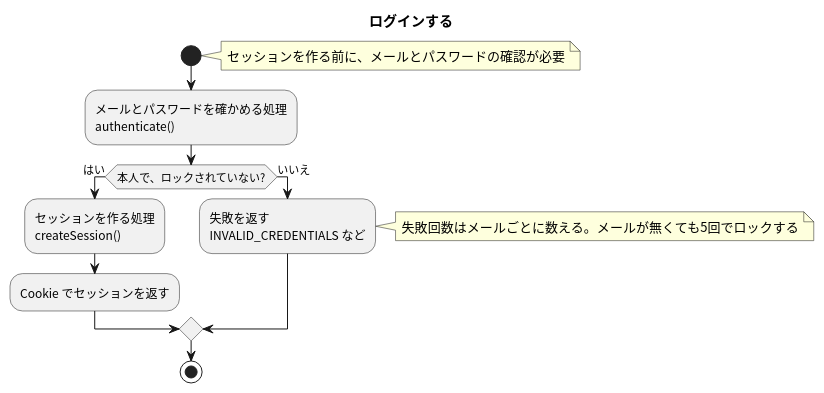
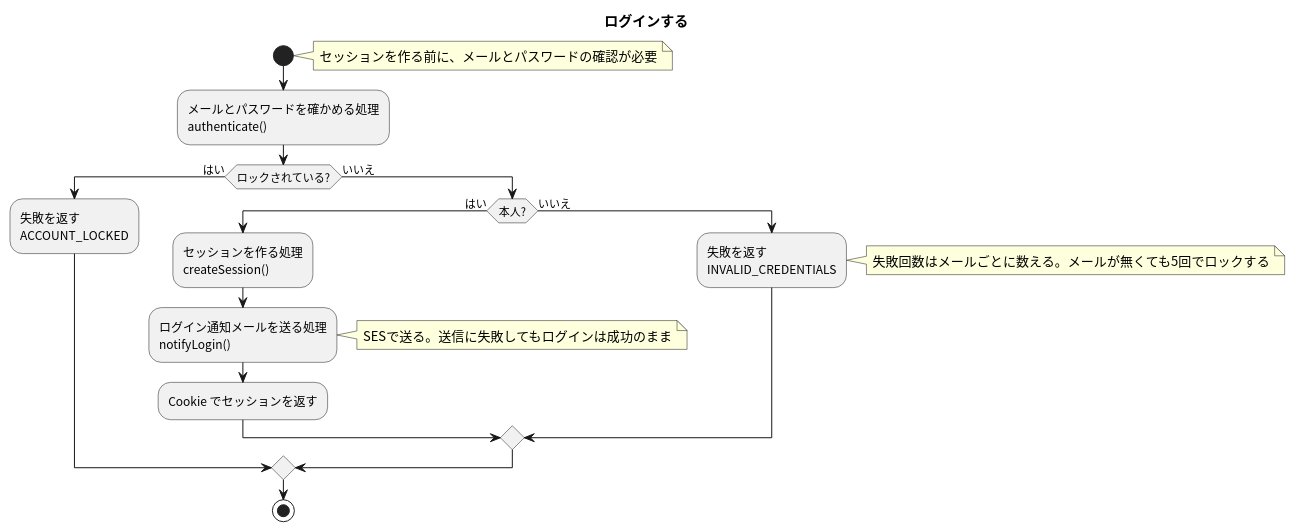
One commit to masamasamasato/design-doc-template changed the diagram in apis/login/flow.puml. Above: the diagram before and after it, drawn with PlantUML. The commit also changed 8 other files, not shown here.

First line of the commit message:
構成図に役割とAZを明示し、ログイン通知メールを設計書に足す (#8)

```diff
--- a/apis/login/flow.puml
+++ b/apis/login/flow.puml
@@ -3,19 +3,25 @@
 @startuml
 skinparam shadowing false
 skinparam defaultFontName "Noto Sans CJK JP"
 skinparam ActivityFontName "Noto Sans CJK JP"
 
 title ログインする
 
 start
 note right: セッションを作る前に、メールとパスワードの確認が必要
 :メールとパスワードを確かめる処理\nauthenticate();
-if (本人で、ロックされていない?) then (はい)
-  :セッションを作る処理\ncreateSession();
-  :Cookie でセッションを返す;
+if (ロックされている?) then (はい)
+  :失敗を返す\nACCOUNT_LOCKED;
 else (いいえ)
-  :失敗を返す\nINVALID_CREDENTIALS など;
-  note right: 失敗回数はメールごとに数える。メールが無くても5回でロックする
+  if (本人?) then (はい)
+    :セッションを作る処理\ncreateSession();
+    :ログイン通知メールを送る処理\nnotifyLogin();
+    note right: SESで送る。送信に失敗してもログインは成功のまま
+    :Cookie でセッションを返す;
+  else (いいえ)
+    :失敗を返す\nINVALID_CREDENTIALS;
+    note right: 失敗回数はメールごとに数える。メールが無くても5回でロックする
+  endif
 endif
 stop
 @enduml
```
